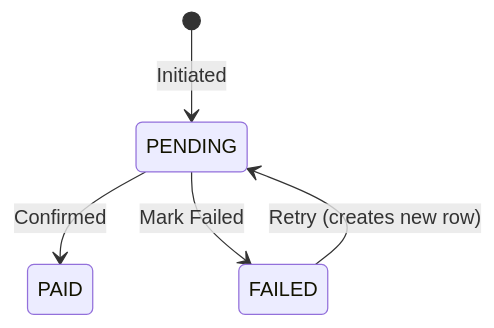
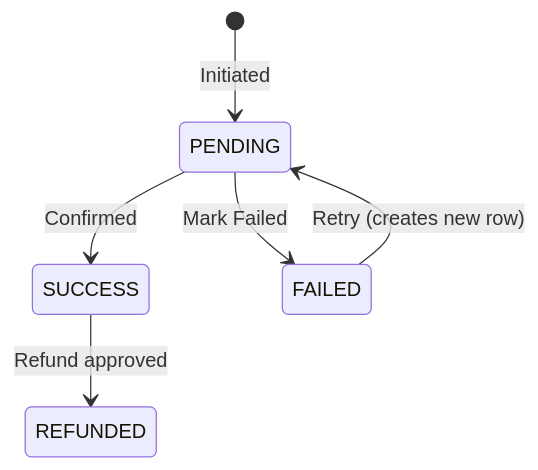
One commit to senko-do-thingz/G3-SportCentreManagement changed the fifth of 10 diagrams in docs/database/09-business-rules-and-state-machines.md. Above: the diagram before and after it, drawn with Mermaid. The commit also changed other lines of this file and 9 other files, not shown here.

````diff
--- a/docs/database/09-business-rules-and-state-machines.md
+++ b/docs/database/09-business-rules-and-state-machines.md
@@ -54,7 +57,8 @@
 ```mermaid
 stateDiagram-v2
     [*] --> PENDING : Initiated
-    PENDING --> PAID : Confirmed
+    PENDING --> SUCCESS : Confirmed
     PENDING --> FAILED : Mark Failed
+    SUCCESS --> REFUNDED : Refund approved
     FAILED --> PENDING : Retry (creates new row)
 ```
````
